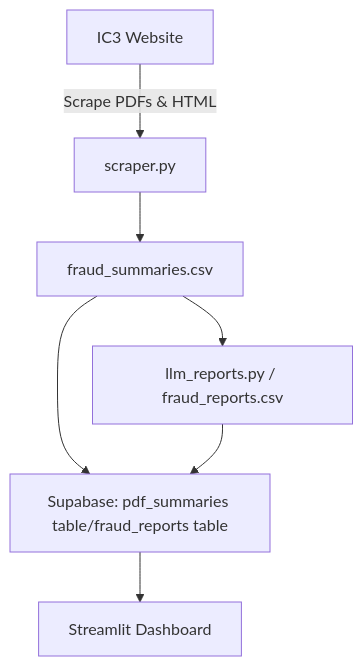
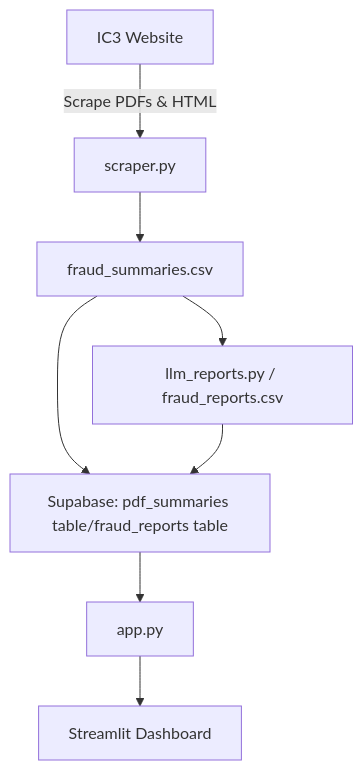
One commit to JaysonAllman/DTSC-Fraud-Project changed the diagram in README.md. Above: the diagram before and after it, drawn with Mermaid.

````diff
--- a/README.md
+++ b/README.md
@@ -44,9 +44,11 @@
 ```mermaid
 graph TD
     A[IC3 Website] -->|Scrape PDFs & HTML| B[scraper.py]
     B --> C[fraud_summaries.csv]
     C --> D[llm_reports.py / fraud_reports.csv]
     C --> E[Supabase: pdf_summaries table]
     D --> E[Supabase: pdf_summaries table/fraud_reports table]
-    E --> F[Streamlit Dashboard]
+    E --> F[app.py]
+    F --> G[Streamlit Dashboard]
+
 ```
````
